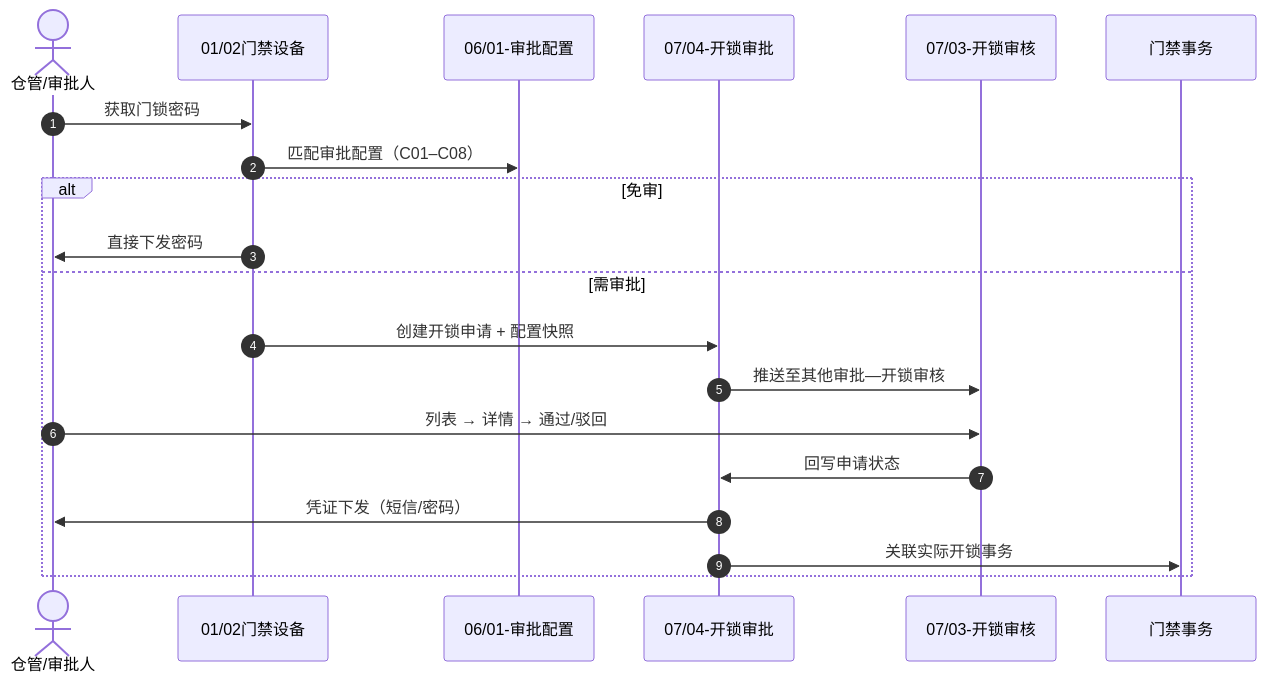
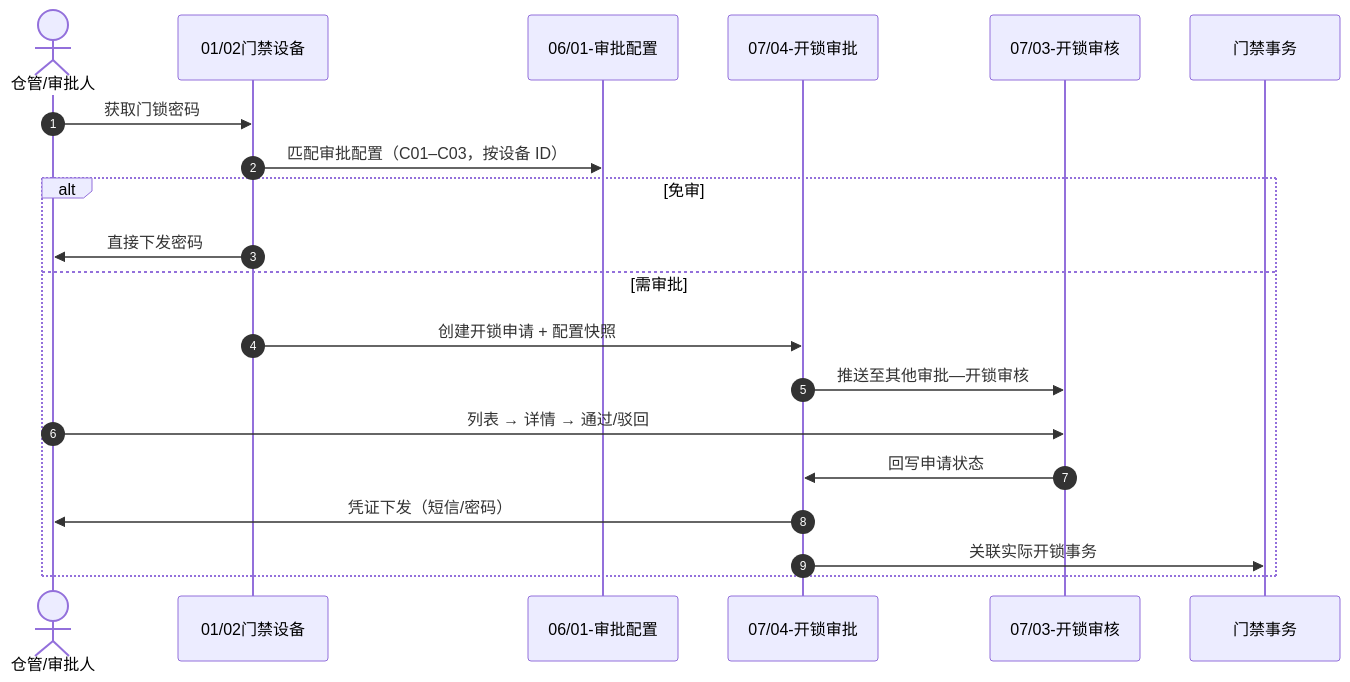
The diagram in 02-PRD文档/B-迭代需求/6.2版本（2026.08）/06-门禁开锁审批/门禁开锁审批总索引.md (RobertHuang999/SYZC), drawn with Mermaid before and after one commit. The commit also changed other lines of this file and 129 other files, not shown here.

````diff
--- a/02-PRD文档/B-迭代需求/6.2版本（2026.08）/06-门禁开锁审批/门禁开锁审批总索引.md
+++ b/02-PRD文档/B-迭代需求/6.2版本（2026.08）/06-门禁开锁审批/门禁开锁审批总索引.md
@@ -76,23 +76,23 @@
 ```mermaid
 sequenceDiagram
     autonumber
     actor U as 仓管/审批人
     participant IOT as 01/02门禁设备
     participant C06 as 06/01-审批配置
     participant ST as 07/04-开锁审批
     participant AUD as 07/03-开锁审核
     participant TX as 门禁事务
 
     U->>IOT: 获取门锁密码
-    IOT->>C06: 匹配审批配置（C01–C08）
+    IOT->>C06: 匹配审批配置（C01–C03，按设备 ID）
     alt 免审
         IOT->>U: 直接下发密码
     else 需审批
         IOT->>ST: 创建开锁申请 + 配置快照
         ST->>AUD: 推送至其他审批—开锁审核
         U->>AUD: 列表 → 详情 → 通过/驳回
         AUD->>ST: 回写申请状态
         ST->>U: 凭证下发（短信/密码）
         ST->>TX: 关联实际开锁事务
     end
 ```
````
